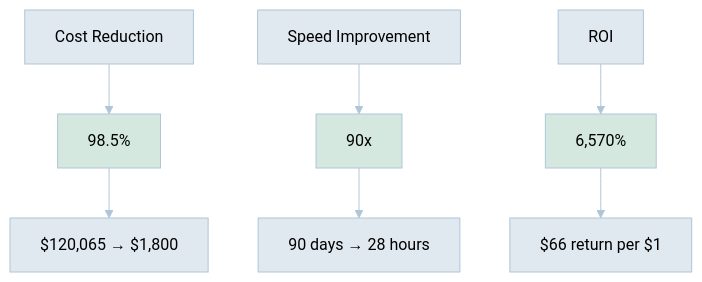
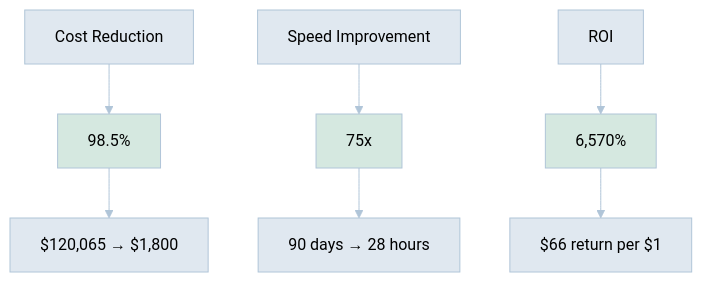
Before and after one commit to o2alexanderfedin/AI-Hive-Business-Docs: the first of 2 diagrams in business-documents/performance-analysis/index.md, drawn with Mermaid. The commit also changed other lines of this file and 2 other files, not shown here.

Commit message:
fix: Standardize speed improvement metrics to 75x
Fixed inconsistent speed improvement claims across documents:
- Was showing 240x, 90x, and 90-120x in different places
- Standardized to 75x based on actual calculation: 90 days ÷ 1.2 days
- Updated all references to maintain consistency
- Also corrected cost reduction to 98.5% (was showing 99.7% in one place)

The 75x speed improvement accurately reflects the calendar time comparison.

🤖 Generated with [Claude Code](https://claude.ai/code)

````diff
--- a/business-documents/performance-analysis/index.md
+++ b/business-documents/performance-analysis/index.md
@@ -16,26 +16,26 @@
 ```mermaid
 %%{init: {
   'theme': 'base',
   'themeVariables': {
     'primaryColor': '#E0E8F0',
     'primaryTextColor': '#000000',
     'primaryBorderColor': '#B0C5D8',
     'lineColor': '#B0C5D8',
     'secondaryColor': '#D5E8E0',
     'background': '#FFFFFF',
     'darkMode': false
   }
 }}%%
 graph TD
     A[Cost Reduction] --> B[98.5%]
-    C[Speed Improvement] --> D[90x]
+    C[Speed Improvement] --> D[75x]
     E[ROI] --> F[6,570%]
 
     B --> G[$120,065 → $1,800]
     D --> H[90 days → 28 hours]
     F --> I[$66 return per $1]
 
     style B fill:#D5E8E0
     style D fill:#D5E8E0
     style F fill:#D5E8E0
 ```
````
